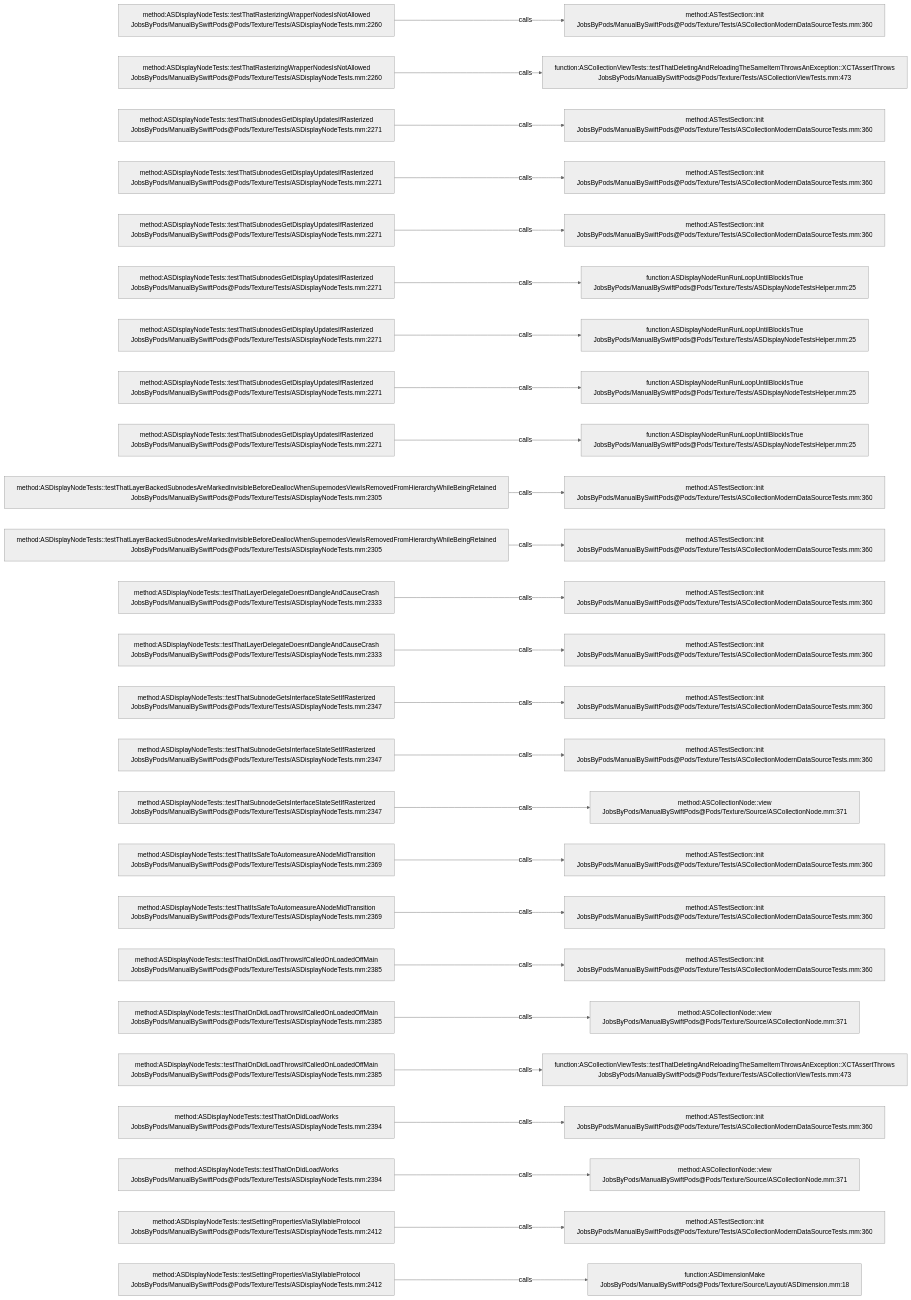
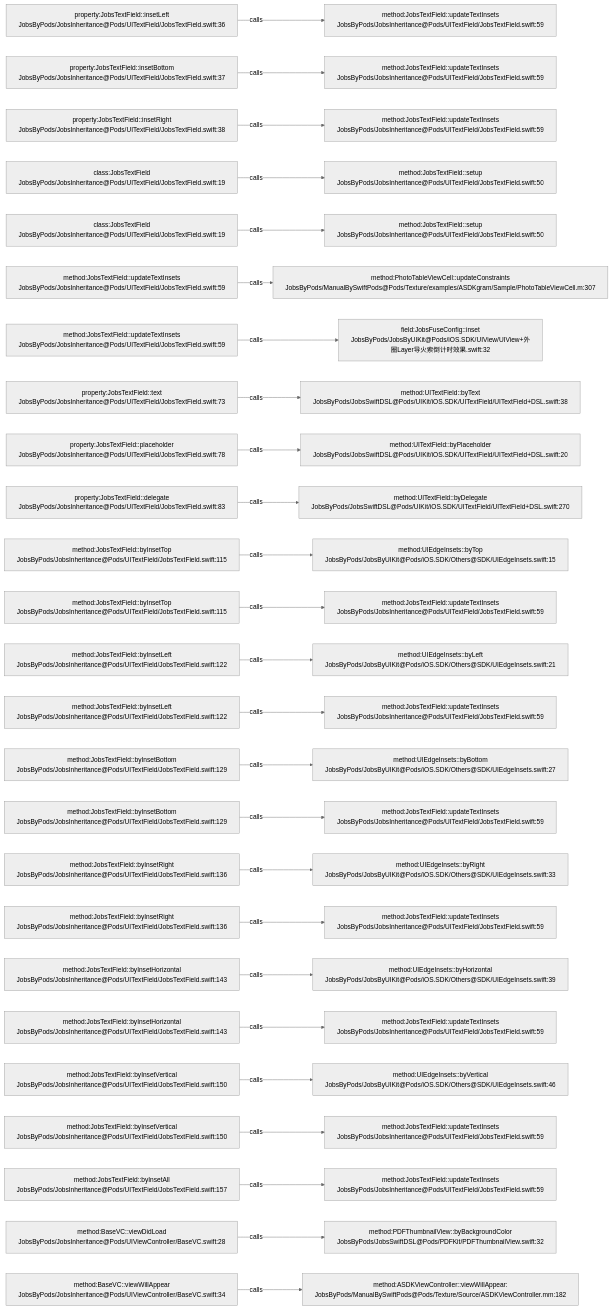
The diagram in .codegraph/codegraph.md/graphs/calls-195.md (JobsKits/JobsSwiftBaseConfigDemo), drawn with Mermaid (neutral theme) before and after one commit. The commit also changed 224 other files, not shown here.

````diff
--- a/.codegraph/codegraph.md/graphs/calls-195.md
+++ b/.codegraph/codegraph.md/graphs/calls-195.md
@@ -13,78 +13,78 @@
 ```mermaid
 flowchart LR
-  S1["method:ASDisplayNodeTests::testThatRasterizingWrapperNodesIsNotAllowed<br/>JobsByPods/ManualBySwiftPods@Pods/Texture/Tests/ASDisplayNodeTests.mm:2260"]
-  T1["method:ASTestSection::init<br/>JobsByPods/ManualBySwiftPods@Pods/Texture/Tests/ASCollectionModernDataSourceTests.mm:360"]
+  S1["property:JobsTextField::insetLeft<br/>JobsByPods/JobsInheritance@Pods/UITextField/JobsTextField.swift:36"]
+  T1["method:JobsTextField::updateTextInsets<br/>JobsByPods/JobsInheritance@Pods/UITextField/JobsTextField.swift:59"]
   S1 -->|calls| T1
-  S2["method:ASDisplayNodeTests::testThatRasterizingWrapperNodesIsNotAllowed<br/>JobsByPods/ManualBySwiftPods@Pods/Texture/Tests/ASDisplayNodeTests.mm:2260"]
-  T2["function:ASCollectionViewTests::testThatDeletingAndReloadingTheSameItemThrowsAnException::XCTAssertThrows<br/>JobsByPods/ManualBySwiftPods@Pods/Texture/Tests/ASCollectionViewTests.mm:473"]
+  S2["property:JobsTextField::insetBottom<br/>JobsByPods/JobsInheritance@Pods/UITextField/JobsTextField.swift:37"]
+  T2["method:JobsTextField::updateTextInsets<br/>JobsByPods/JobsInheritance@Pods/UITextField/JobsTextField.swift:59"]
   S2 -->|calls| T2
-  S3["method:ASDisplayNodeTests::testThatSubnodesGetDisplayUpdatesIfRasterized<br/>JobsByPods/ManualBySwiftPods@Pods/Texture/Tests/ASDisplayNodeTests.mm:2271"]
-  T3["method:ASTestSection::init<br/>JobsByPods/ManualBySwiftPods@Pods/Texture/Tests/ASCollectionModernDataSourceTests.mm:360"]
+  S3["property:JobsTextField::insetRight<br/>JobsByPods/JobsInheritance@Pods/UITextField/JobsTextField.swift:38"]
+  T3["method:JobsTextField::updateTextInsets<br/>JobsByPods/JobsInheritance@Pods/UITextField/JobsTextField.swift:59"]
   S3 -->|calls| T3
-  S4["method:ASDisplayNodeTests::testThatSubnodesGetDisplayUpdatesIfRasterized<br/>JobsByPods/ManualBySwiftPods@Pods/Texture/Tests/ASDisplayNodeTests.mm:2271"]
-  T4["method:ASTestSection::init<br/>JobsByPods/ManualBySwiftPods@Pods/Texture/Tests/ASCollectionModernDataSourceTests.mm:360"]
+  S4["class:JobsTextField<br/>JobsByPods/JobsInheritance@Pods/UITextField/JobsTextField.swift:19"]
+  T4["method:JobsTextField::setup<br/>JobsByPods/JobsInheritance@Pods/UITextField/JobsTextField.swift:50"]
   S4 -->|calls| T4
-  S5["method:ASDisplayNodeTests::testThatSubnodesGetDisplayUpdatesIfRasterized<br/>JobsByPods/ManualBySwiftPods@Pods/Texture/Tests/ASDisplayNodeTests.mm:2271"]
-  T5["method:ASTestSection::init<br/>JobsByPods/ManualBySwiftPods@Pods/Texture/Tests/ASCollectionModernDataSourceTests.mm:360"]
+  S5["class:JobsTextField<br/>JobsByPods/JobsInheritance@Pods/UITextField/JobsTextField.swift:19"]
+  T5["method:JobsTextField::setup<br/>JobsByPods/JobsInheritance@Pods/UITextField/JobsTextField.swift:50"]
   S5 -->|calls| T5
-  S6["method:ASDisplayNodeTests::testThatSubnodesGetDisplayUpdatesIfRasterized<br/>JobsByPods/ManualBySwiftPods@Pods/Texture/Tests/ASDisplayNodeTests.mm:2271"]
-  T6["function:ASDisplayNodeRunRunLoopUntilBlockIsTrue<br/>JobsByPods/ManualBySwiftPods@Pods/Texture/Tests/ASDisplayNodeTestsHelper.mm:25"]
+  S6["method:JobsTextField::updateTextInsets<br/>JobsByPods/JobsInheritance@Pods/UITextField/JobsTextField.swift:59"]
+  T6["method:PhotoTableViewCell::updateConstraints<br/>JobsByPods/ManualBySwiftPods@Pods/Texture/examples/ASDKgram/Sample/PhotoTableViewCell.m:307"]
   S6 -->|calls| T6
-  S7["method:ASDisplayNodeTests::testThatSubnodesGetDisplayUpdatesIfRasterized<br/>JobsByPods/ManualBySwiftPods@Pods/Texture/Tests/ASDisplayNodeTests.mm:2271"]
-  T7["function:ASDisplayNodeRunRunLoopUntilBlockIsTrue<br/>JobsByPods/ManualBySwiftPods@Pods/Texture/Tests/ASDisplayNodeTestsHelper.mm:25"]
+  S7["method:JobsTextField::updateTextInsets<br/>JobsByPods/JobsInheritance@Pods/UITextField/JobsTextField.swift:59"]
+  T7["field:JobsFuseConfig::inset<br/>JobsByPods/JobsByUIKit@Pods/iOS.SDK/UIView/UIView+外圈Layer导火索倒计时效果.swift:32"]
   S7 -->|calls| T7
-  S8["method:ASDisplayNodeTests::testThatSubnodesGetDisplayUpdatesIfRasterized<br/>JobsByPods/ManualBySwiftPods@Pods/Texture/Tests/ASDisplayNodeTests.mm:2271"]
-  T8["function:ASDisplayNodeRunRunLoopUntilBlockIsTrue<br/>JobsByPods/ManualBySwiftPods@Pods/Texture/Tests/ASDisplayNodeTestsHelper.mm:25"]
+  S8["property:JobsTextField::text<br/>JobsByPods/JobsInheritance@Pods/UITextField/JobsTextField.swift:73"]
+  T8["method:UITextField::byText<br/>JobsByPods/JobsSwiftDSL@Pods/UIKit/iOS.SDK/UITextField/UITextField+DSL.swift:38"]
   S8 -->|calls| T8
-  S9["method:ASDisplayNodeTests::testThatSubnodesGetDisplayUpdatesIfRasterized<br/>JobsByPods/ManualBySwiftPods@Pods/Texture/Tests/ASDisplayNodeTests.mm:2271"]
-  T9["function:ASDisplayNodeRunRunLoopUntilBlockIsTrue<br/>JobsByPods/ManualBySwiftPods@Pods/Texture/Tests/ASDisplayNodeTestsHelper.mm:25"]
+  S9["property:JobsTextField::placeholder<br/>JobsByPods/JobsInheritance@Pods/UITextField/JobsTextField.swift:78"]
+  T9["method:UITextField::byPlaceholder<br/>JobsByPods/JobsSwiftDSL@Pods/UIKit/iOS.SDK/UITextField/UITextField+DSL.swift:20"]
   S9 -->|calls| T9
-  S10["method:ASDisplayNodeTests::testThatLayerBackedSubnodesAreMarkedInvisibleBeforeDeallocWhenSupernodesViewIsRemovedFromHierarchyWhileBeingRetained<br/>JobsByPods/ManualBySwiftPods@Pods/Texture/Tests/ASDisplayNodeTests.mm:2305"]
-  T10["method:ASTestSection::init<br/>JobsByPods/ManualBySwiftPods@Pods/Texture/Tests/ASCollectionModernDataSourceTests.mm:360"]
+  S10["property:JobsTextField::delegate<br/>JobsByPods/JobsInheritance@Pods/UITextField/JobsTextField.swift:83"]
+  T10["method:UITextField::byDelegate<br/>JobsByPods/JobsSwiftDSL@Pods/UIKit/iOS.SDK/UITextField/UITextField+DSL.swift:270"]
   S10 -->|calls| T10
-  S11["method:ASDisplayNodeTests::testThatLayerBackedSubnodesAreMarkedInvisibleBeforeDeallocWhenSupernodesViewIsRemovedFromHierarchyWhileBeingRetained<br/>JobsByPods/ManualBySwiftPods@Pods/Texture/Tests/ASDisplayNodeTests.mm:2305"]
-  T11["method:ASTestSection::init<br/>JobsByPods/ManualBySwiftPods@Pods/Texture/Tests/ASCollectionModernDataSourceTests.mm:360"]
+  S11["method:JobsTextField::byInsetTop<br/>JobsByPods/JobsInheritance@Pods/UITextField/JobsTextField.swift:115"]
+  T11["method:UIEdgeInsets::byTop<br/>JobsByPods/JobsByUIKit@Pods/iOS.SDK/Others@SDK/UIEdgeInsets.swift:15"]
   S11 -->|calls| T11
-  S12["method:ASDisplayNodeTests::testThatLayerDelegateDoesntDangleAndCauseCrash<br/>JobsByPods/ManualBySwiftPods@Pods/Texture/Tests/ASDisplayNodeTests.mm:2333"]
-  T12["method:ASTestSection::init<br/>JobsByPods/ManualBySwiftPods@Pods/Texture/Tests/ASCollectionModernDataSourceTests.mm:360"]
+  S12["method:JobsTextField::byInsetTop<br/>JobsByPods/JobsInheritance@Pods/UITextField/JobsTextField.swift:115"]
+  T12["method:JobsTextField::updateTextInsets<br/>JobsByPods/JobsInheritance@Pods/UITextField/JobsTextField.swift:59"]
   S12 -->|calls| T12
-  S13["method:ASDisplayNodeTests::testThatLayerDelegateDoesntDangleAndCauseCrash<br/>JobsByPods/ManualBySwiftPods@Pods/Texture/Tests/ASDisplayNodeTests.mm:2333"]
-  T13["method:ASTestSection::init<br/>JobsByPods/ManualBySwiftPods@Pods/Texture/Tests/ASCollectionModernDataSourceTests.mm:360"]
+  S13["method:JobsTextField::byInsetLeft<br/>JobsByPods/JobsInheritance@Pods/UITextField/JobsTextField.swift:122"]
+  T13["method:UIEdgeInsets::byLeft<br/>JobsByPods/JobsByUIKit@Pods/iOS.SDK/Others@SDK/UIEdgeInsets.swift:21"]
   S13 -->|calls| T13
-  S14["method:ASDisplayNodeTests::testThatSubnodeGetsInterfaceStateSetIfRasterized<br/>JobsByPods/ManualBySwiftPods@Pods/Texture/Tests/ASDisplayNodeTests.mm:2347"]
-  T14["method:ASTestSection::init<br/>JobsByPods/ManualBySwiftPods@Pods/Texture/Tests/ASCollectionModernDataSourceTests.mm:360"]
+  S14["method:JobsTextField::byInsetLeft<br/>JobsByPods/JobsInheritance@Pods/UITextField/JobsTextField.swift:122"]
+  T14["method:JobsTextField::updateTextInsets<br/>JobsByPods/JobsInheritance@Pods/UITextField/JobsTextField.swift:59"]
   S14 -->|calls| T14
-  S15["method:ASDisplayNodeTests::testThatSubnodeGetsInterfaceStateSetIfRasterized<br/>JobsByPods/ManualBySwiftPods@Pods/Texture/Tests/ASDisplayNodeTests.mm:2347"]
-  T15["method:ASTestSection::init<br/>JobsByPods/ManualBySwiftPods@Pods/Texture/Tests/ASCollectionModernDataSourceTests.mm:360"]
+  S15["method:JobsTextField::byInsetBottom<br/>JobsByPods/JobsInheritance@Pods/UITextField/JobsTextField.swift:129"]
+  T15["method:UIEdgeInsets::byBottom<br/>JobsByPods/JobsByUIKit@Pods/iOS.SDK/Others@SDK/UIEdgeInsets.swift:27"]
   S15 -->|calls| T15
-  S16["method:ASDisplayNodeTests::testThatSubnodeGetsInterfaceStateSetIfRasterized<br/>JobsByPods/ManualBySwiftPods@Pods/Texture/Tests/ASDisplayNodeTests.mm:2347"]
-  T16["method:ASCollectionNode::view<br/>JobsByPods/ManualBySwiftPods@Pods/Texture/Source/ASCollectionNode.mm:371"]
+  S16["method:JobsTextField::byInsetBottom<br/>JobsByPods/JobsInheritance@Pods/UITextField/JobsTextField.swift:129"]
+  T16["method:JobsTextField::updateTextInsets<br/>JobsByPods/JobsInheritance@Pods/UITextField/JobsTextField.swift:59"]
   S16 -->|calls| T16
-  S17["method:ASDisplayNodeTests::testThatItsSafeToAutomeasureANodeMidTransition<br/>JobsByPods/ManualBySwiftPods@Pods/Texture/Tests/ASDisplayNodeTests.mm:2369"]
-  T17["method:ASTestSection::init<br/>JobsByPods/ManualBySwiftPods@Pods/Texture/Tests/ASCollectionModernDataSourceTests.mm:360"]
+  S17["method:JobsTextField::byInsetRight<br/>JobsByPods/JobsInheritance@Pods/UITextField/JobsTextField.swift:136"]
+  T17["method:UIEdgeInsets::byRight<br/>JobsByPods/JobsByUIKit@Pods/iOS.SDK/Others@SDK/UIEdgeInsets.swift:33"]
   S17 -->|calls| T17
-  S18["method:ASDisplayNodeTests::testThatItsSafeToAutomeasureANodeMidTransition<br/>JobsByPods/ManualBySwiftPods@Pods/Texture/Tests/ASDisplayNodeTests.mm:2369"]
-  T18["method:ASTestSection::init<br/>JobsByPods/ManualBySwiftPods@Pods/Texture/Tests/ASCollectionModernDataSourceTests.mm:360"]
+  S18["method:JobsTextField::byInsetRight<br/>JobsByPods/JobsInheritance@Pods/UITextField/JobsTextField.swift:136"]
+  T18["method:JobsTextField::updateTextInsets<br/>JobsByPods/JobsInheritance@Pods/UITextField/JobsTextField.swift:59"]
   S18 -->|calls| T18
-  S19["method:ASDisplayNodeTests::testThatOnDidLoadThrowsIfCalledOnLoadedOffMain<br/>JobsByPods/ManualBySwiftPods@Pods/Texture/Tests/ASDisplayNodeTests.mm:2385"]
-  T19["method:ASTestSection::init<br/>JobsByPods/ManualBySwiftPods@Pods/Texture/Tests/ASCollectionModernDataSourceTests.mm:360"]
+  S19["method:JobsTextField::byInsetHorizontal<br/>JobsByPods/JobsInheritance@Pods/UITextField/JobsTextField.swift:143"]
+  T19["method:UIEdgeInsets::byHorizontal<br/>JobsByPods/JobsByUIKit@Pods/iOS.SDK/Others@SDK/UIEdgeInsets.swift:39"]
   S19 -->|calls| T19
-  S20["method:ASDisplayNodeTests::testThatOnDidLoadThrowsIfCalledOnLoadedOffMain<br/>JobsByPods/ManualBySwiftPods@Pods/Texture/Tests/ASDisplayNodeTests.mm:2385"]
-  T20["method:ASCollectionNode::view<br/>JobsByPods/ManualBySwiftPods@Pods/Texture/Source/ASCollectionNode.mm:371"]
+  S20["method:JobsTextField::byInsetHorizontal<br/>JobsByPods/JobsInheritance@Pods/UITextField/JobsTextField.swift:143"]
+  T20["method:JobsTextField::updateTextInsets<br/>JobsByPods/JobsInheritance@Pods/UITextField/JobsTextField.swift:59"]
   S20 -->|calls| T20
-  S21["method:ASDisplayNodeTests::testThatOnDidLoadThrowsIfCalledOnLoadedOffMain<br/>JobsByPods/ManualBySwiftPods@Pods/Texture/Tests/ASDisplayNodeTests.mm:2385"]
-  T21["function:ASCollectionViewTests::testThatDeletingAndReloadingTheSameItemThrowsAnException::XCTAssertThrows<br/>JobsByPods/ManualBySwiftPods@Pods/Texture/Tests/ASCollectionViewTests.mm:473"]
+  S21["method:JobsTextField::byInsetVertical<br/>JobsByPods/JobsInheritance@Pods/UITextField/JobsTextField.swift:150"]
+  T21["method:UIEdgeInsets::byVertical<br/>JobsByPods/JobsByUIKit@Pods/iOS.SDK/Others@SDK/UIEdgeInsets.swift:46"]
   S21 -->|calls| T21
-  S22["method:ASDisplayNodeTests::testThatOnDidLoadWorks<br/>JobsByPods/ManualBySwiftPods@Pods/Texture/Tests/ASDisplayNodeTests.mm:2394"]
-  T22["method:ASTestSection::init<br/>JobsByPods/ManualBySwiftPods@Pods/Texture/Tests/ASCollectionModernDataSourceTests.mm:360"]
+  S22["method:JobsTextField::byInsetVertical<br/>JobsByPods/JobsInheritance@Pods/UITextField/JobsTextField.swift:150"]
+  T22["method:JobsTextField::updateTextInsets<br/>JobsByPods/JobsInheritance@Pods/UITextField/JobsTextField.swift:59"]
   S22 -->|calls| T22
-  S23["method:ASDisplayNodeTests::testThatOnDidLoadWorks<br/>JobsByPods/ManualBySwiftPods@Pods/Texture/Tests/ASDisplayNodeTests.mm:2394"]
-  T23["method:ASCollectionNode::view<br/>JobsByPods/ManualBySwiftPods@Pods/Texture/Source/ASCollectionNode.mm:371"]
+  S23["method:JobsTextField::byInsetAll<br/>JobsByPods/JobsInheritance@Pods/UITextField/JobsTextField.swift:157"]
+  T23["method:JobsTextField::updateTextInsets<br/>JobsByPods/JobsInheritance@Pods/UITextField/JobsTextField.swift:59"]
   S23 -->|calls| T23
-  S24["method:ASDisplayNodeTests::testSettingPropertiesViaStyllableProtocol<br/>JobsByPods/ManualBySwiftPods@Pods/Texture/Tests/ASDisplayNodeTests.mm:2412"]
-  T24["method:ASTestSection::init<br/>JobsByPods/ManualBySwiftPods@Pods/Texture/Tests/ASCollectionModernDataSourceTests.mm:360"]
+  S24["method:BaseVC::viewDidLoad<br/>JobsByPods/JobsInheritance@Pods/UIViewController/BaseVC.swift:28"]
+  T24["method:PDFThumbnailView::byBackgroundColor<br/>JobsByPods/JobsSwiftDSL@Pods/PDFKit/PDFThumbnailView.swift:32"]
   S24 -->|calls| T24
-  S25["method:ASDisplayNodeTests::testSettingPropertiesViaStyllableProtocol<br/>JobsByPods/ManualBySwiftPods@Pods/Texture/Tests/ASDisplayNodeTests.mm:2412"]
-  T25["function:ASDimensionMake<br/>JobsByPods/ManualBySwiftPods@Pods/Texture/Source/Layout/ASDimension.mm:18"]
+  S25["method:BaseVC::viewWillAppear<br/>JobsByPods/JobsInheritance@Pods/UIViewController/BaseVC.swift:34"]
+  T25["method:ASDKViewController::viewWillAppear:<br/>JobsByPods/ManualBySwiftPods@Pods/Texture/Source/ASDKViewController.mm:182"]
   S25 -->|calls| T25
 ```
````
